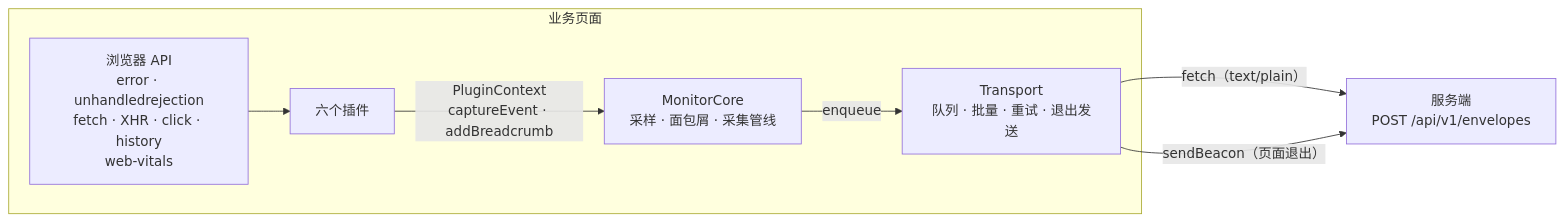
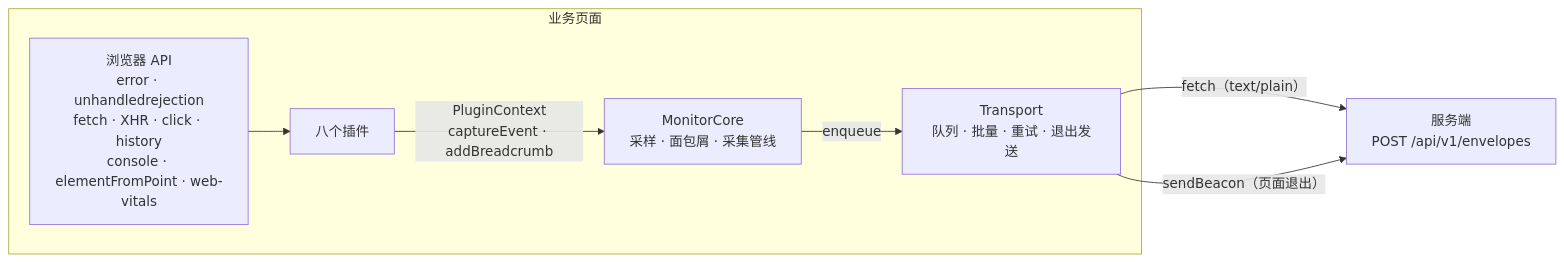
One commit to guiwzh/tracepilot changed the first of 4 diagrams in docs/monitor-sdk.md. Above: the diagram before and after it, drawn with Mermaid. The commit also changed other lines of this file and 23 other files, not shown here.

````diff
--- a/docs/monitor-sdk.md
+++ b/docs/monitor-sdk.md
@@ -56,15 +59,15 @@
 ```mermaid
 flowchart LR
   subgraph Page["业务页面"]
-    APIs["浏览器 API<br/>error · unhandledrejection<br/>fetch · XHR · click · history<br/>web-vitals"]
-    Plugins["六个插件"]
+    APIs["浏览器 API<br/>error · unhandledrejection<br/>fetch · XHR · click · history<br/>console · elementFromPoint · web-vitals"]
+    Plugins["八个插件"]
     Core["MonitorCore<br/>采样 · 面包屑 · 采集管线"]
     Transport["Transport<br/>队列 · 批量 · 重试 · 退出发送"]
   end
   Server["服务端<br/>POST /api/v1/envelopes"]
   APIs --> Plugins
   Plugins -- "PluginContext<br/>captureEvent · addBreadcrumb" --> Core
   Core -- "enqueue" --> Transport
   Transport -- "fetch（text/plain）" --> Server
   Transport -- "sendBeacon（页面退出）" --> Server
 ```
````
